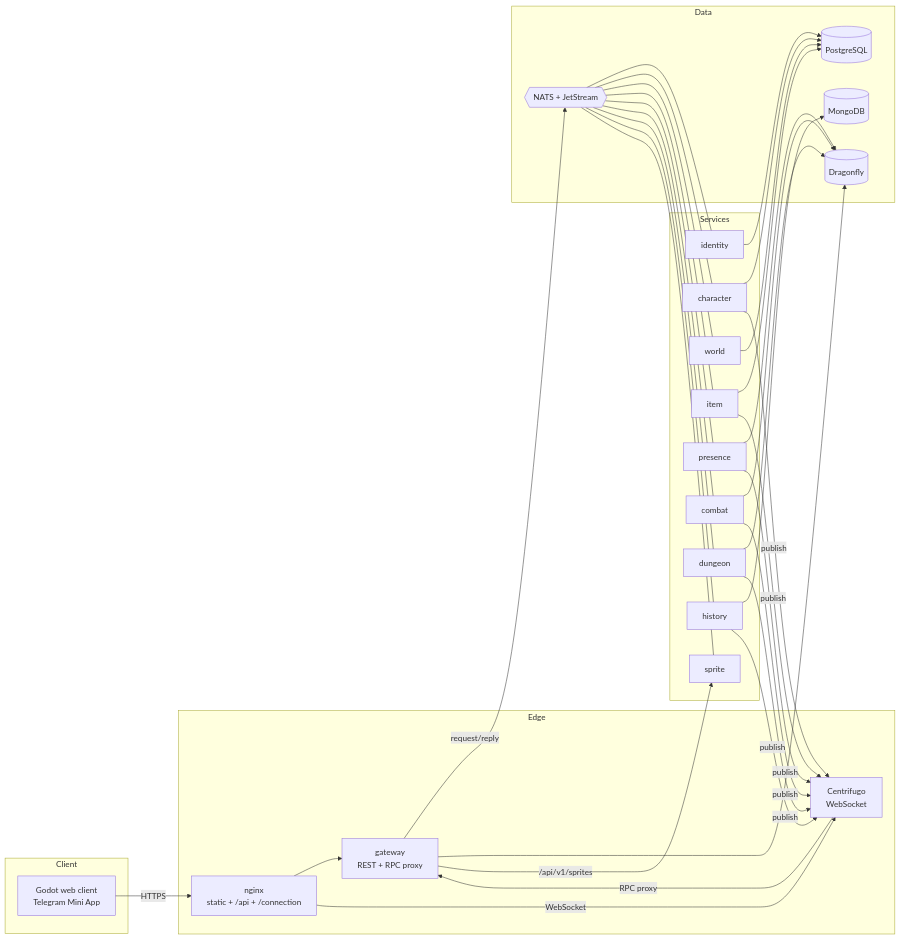
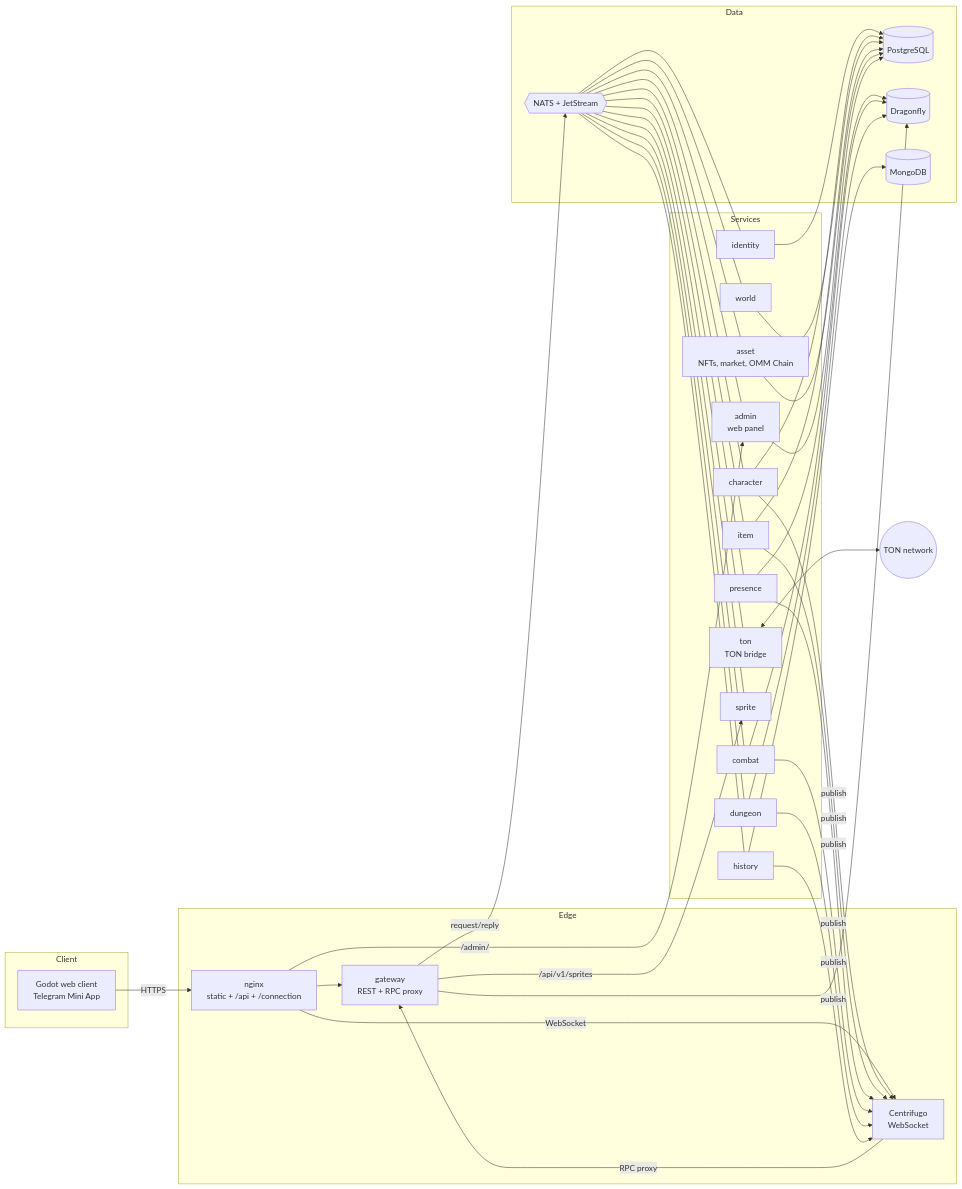
The diagram in docs/ARCHITECTURE.md (mrjvadi/ommrpg), drawn with Mermaid before and after one commit. The commit also changed other lines of this file and 23 other files, not shown here.

````diff
--- a/docs/ARCHITECTURE.md
+++ b/docs/ARCHITECTURE.md
@@ -10,39 +10,45 @@
 ```mermaid
 flowchart LR
   subgraph Client
     G[Godot web client<br/>Telegram Mini App]
   end
   subgraph Edge
     N[nginx<br/>static + /api + /connection]
     GW[gateway<br/>REST + RPC proxy]
     CF[Centrifugo<br/>WebSocket]
   end
   subgraph Services
     ID[identity]
     CH[character]
     WO[world]
     IT[item]
     PR[presence]
     CO[combat]
     DU[dungeon]
     HI[history]
     SP[sprite]
+    AS[asset<br/>NFTs, market, OMM Chain]
+    TN[ton<br/>TON bridge]
+    AD[admin<br/>web panel]
   end
+  TON((TON network))
   subgraph Data
     PG[(PostgreSQL)]
     DF[(Dragonfly)]
     MG[(MongoDB)]
     NATS{{NATS + JetStream}}
   end
   G -- HTTPS --> N
   N --> GW
   N -- WebSocket --> CF
   CF -- RPC proxy --> GW
   GW -- request/reply --> NATS
-  NATS --- ID & CH & WO & IT & PR & CO & DU & HI & SP
-  ID & CH & WO & IT --> PG
+  NATS --- ID & CH & WO & IT & PR & CO & DU & HI & SP & AS & TN & AD
+  ID & CH & WO & IT & AS & AD --> PG
+  TN <--> TON
+  N -- /admin/ --> AD
   PR & CO & DU & GW --> DF
   HI --> MG
   CH & IT & PR & CO & DU & HI -- publish --> CF
   GW -- /api/v1/sprites --> SP
 ```
````
